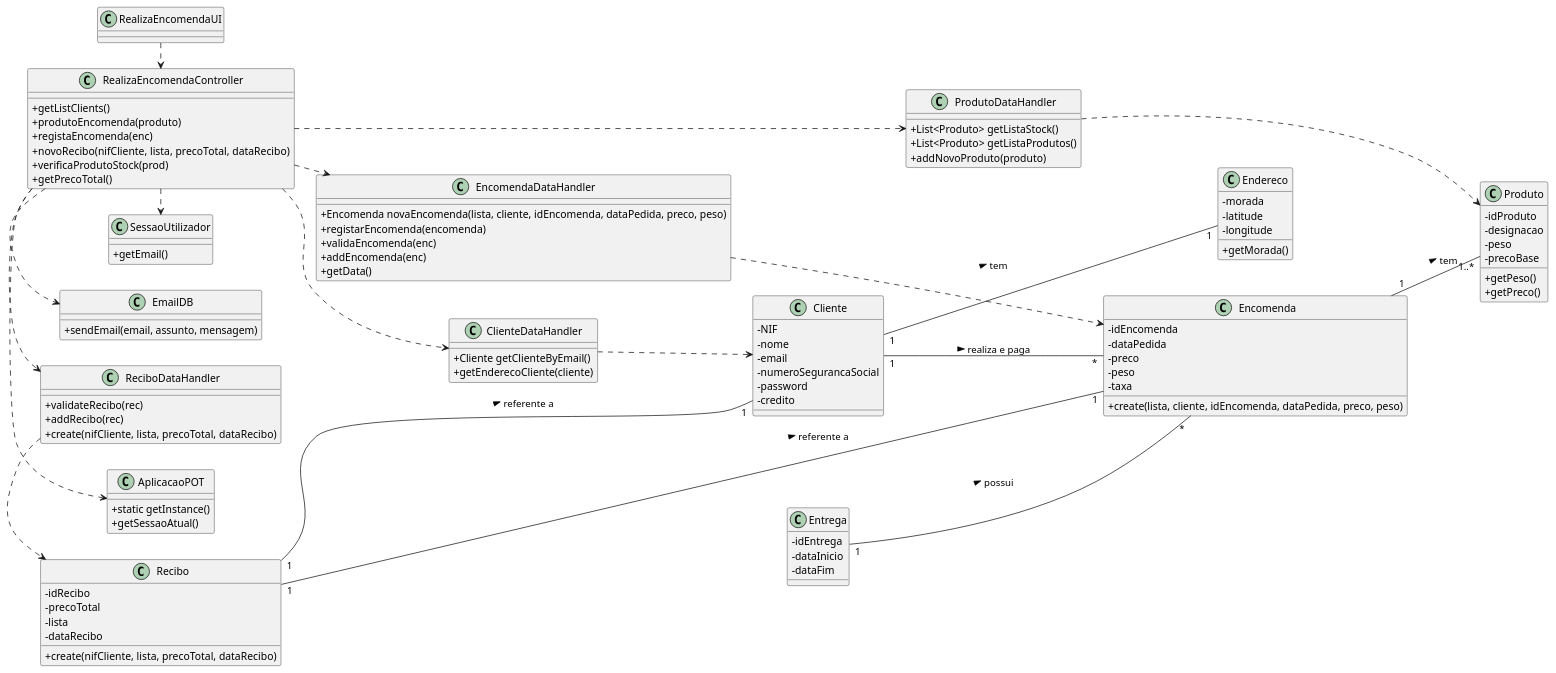
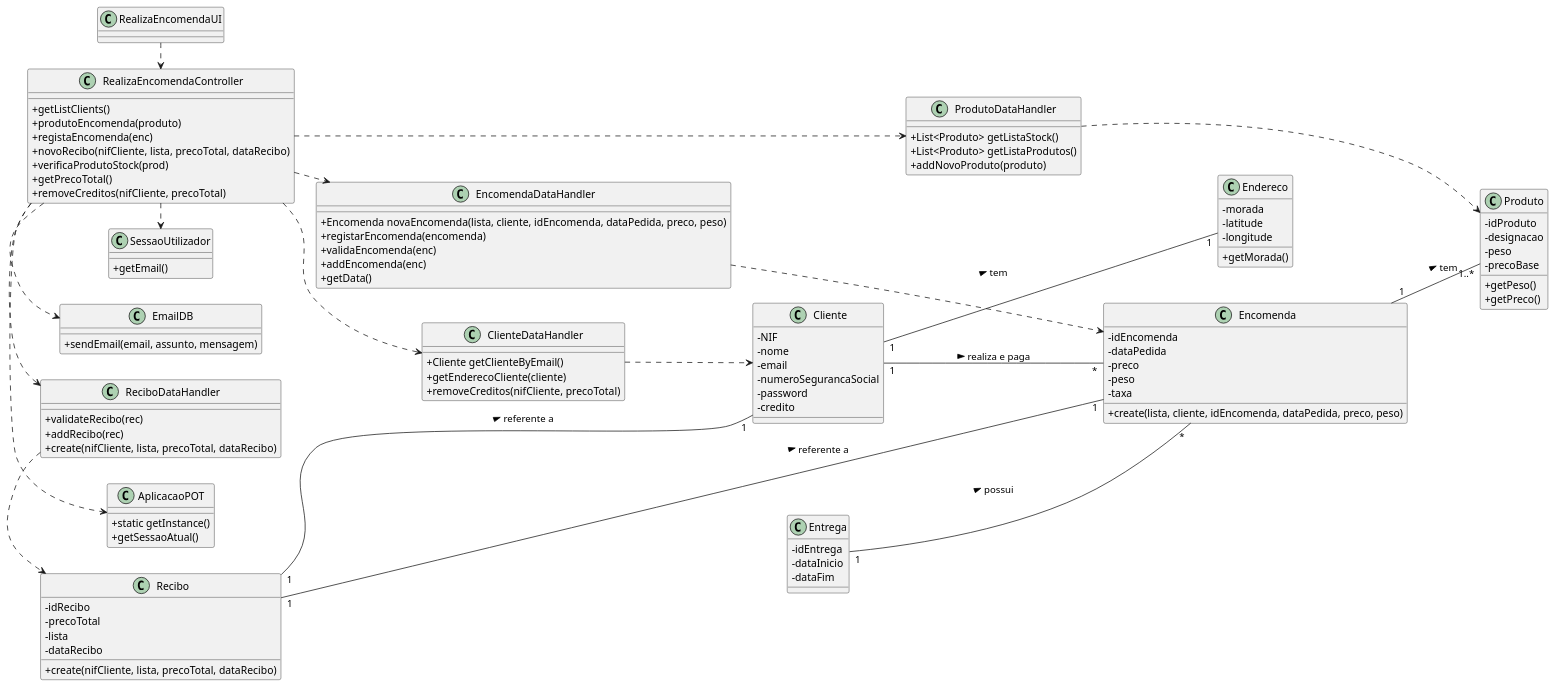
The diagram in docs/UC25/CD.puml (pedrolemos4/LAPR3), drawn with PlantUML before and after one commit. The commit also changed 3 other files, not shown here.

```diff
--- a/docs/UC25/CD.puml
+++ b/docs/UC25/CD.puml
@@ -1,128 +1,130 @@
 @startuml
 skinparam classAttributeIconSize 0
 left to right direction
 
 
 class RealizaEncomendaUI {
     
 }
 
 class RealizaEncomendaController {
     +getListClients()
     +produtoEncomenda(produto)
     +registaEncomenda(enc)
     +novoRecibo(nifCliente, lista, precoTotal, dataRecibo)
     +verificaProdutoStock(prod)
     +getPrecoTotal()
+    +removeCreditos(nifCliente, precoTotal)
 }
 
 class ClienteDataHandler {
     +Cliente getClienteByEmail()
     +getEnderecoCliente(cliente)
+    +removeCreditos(nifCliente, precoTotal)
 }
 
 class EmailDB {
     +sendEmail(email, assunto, mensagem)
 }
 
 class ReciboDataHandler {
     +validateRecibo(rec)
     +addRecibo(rec)
     +create(nifCliente, lista, precoTotal, dataRecibo)
 }
 
 class ProdutoDataHandler {
     +List<Produto> getListaStock()
     +List<Produto> getListaProdutos()
     +addNovoProduto(produto)
 }
 
 class EncomendaDataHandler {
     +Encomenda novaEncomenda(lista, cliente, idEncomenda, dataPedida, preco, peso)
     +registarEncomenda(encomenda)
     +validaEncomenda(enc)
     +addEncomenda(enc)
     +getData()
 }
 
 class AplicacaoPOT{
   +static getInstance()
   +getSessaoAtual()
 }
 
 class SessaoUtilizador{
   +getEmail()
 }
 
 
 
 class Entrega {
   -idEntrega
   -dataInicio
   -dataFim
 }
 
 class Recibo {
   -idRecibo
   -precoTotal
   -lista
   -dataRecibo
   +create(nifCliente, lista, precoTotal, dataRecibo)
 }
 
 class Encomenda {
   -idEncomenda
   -dataPedida
   -preco
   -peso
   -taxa
   +create(lista, cliente, idEncomenda, dataPedida, preco, peso)
 }
 
 class Produto {
     -idProduto
     -designacao
     -peso
     -precoBase
     +getPeso()
     +getPreco()
 }
 
 class Endereco {
   -morada
   -latitude
   -longitude
   +getMorada()
 }
 
 class Cliente {
   -NIF
   -nome
   -email
   -numeroSegurancaSocial
   -password
   -credito
 }
 
 RealizaEncomendaUI .> RealizaEncomendaController
 RealizaEncomendaController .> SessaoUtilizador
 RealizaEncomendaController .> AplicacaoPOT
 RealizaEncomendaController .> ClienteDataHandler
 RealizaEncomendaController .> ProdutoDataHandler
 RealizaEncomendaController .> EncomendaDataHandler
 RealizaEncomendaController .> ReciboDataHandler
 RealizaEncomendaController .> EmailDB
 
 ClienteDataHandler .> Cliente
 ProdutoDataHandler .> Produto
 EncomendaDataHandler .> Encomenda
 ReciboDataHandler .> Recibo
 
 Recibo "1" -- "1" Encomenda: referente a >
 Recibo "1" -- "1" Cliente: referente a >
 Entrega "1" -- "*" Encomenda : possui >
 Cliente "1" -- "*" Encomenda: realiza e paga >
 Encomenda "1" -- "1..*" Produto: tem >
 Cliente "1" -- "1" Endereco: tem >
 
 @enduml
```
